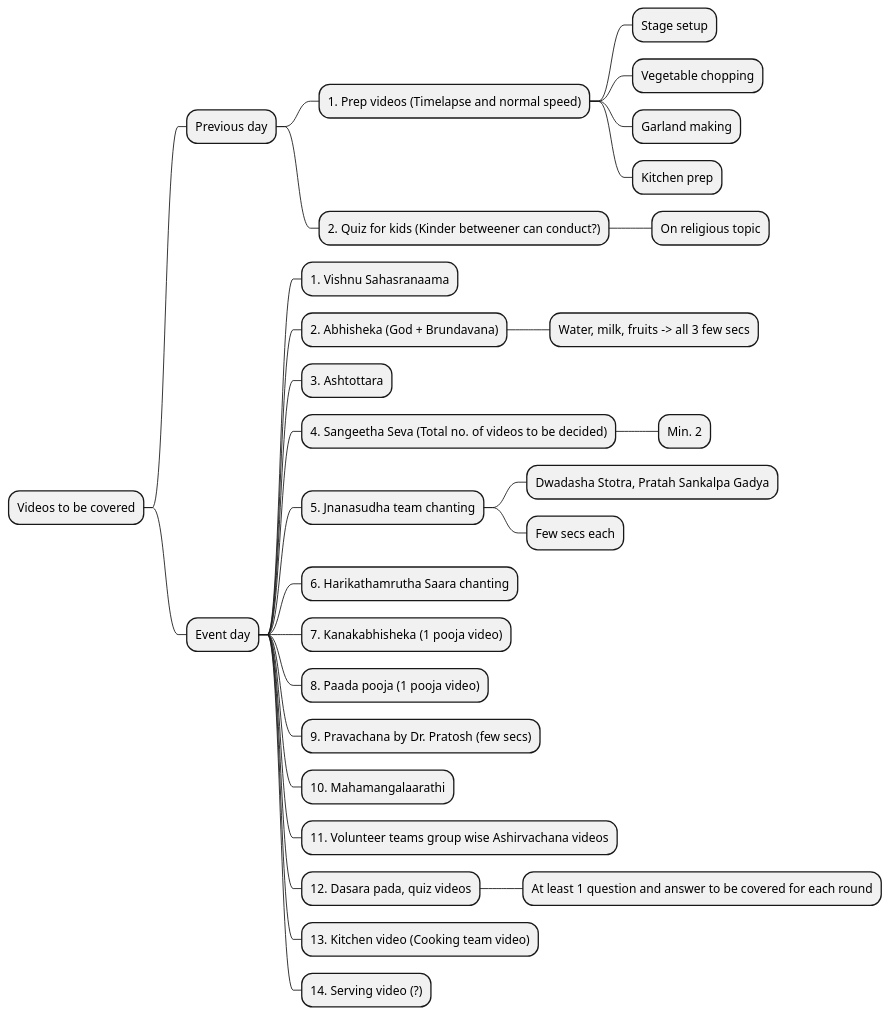
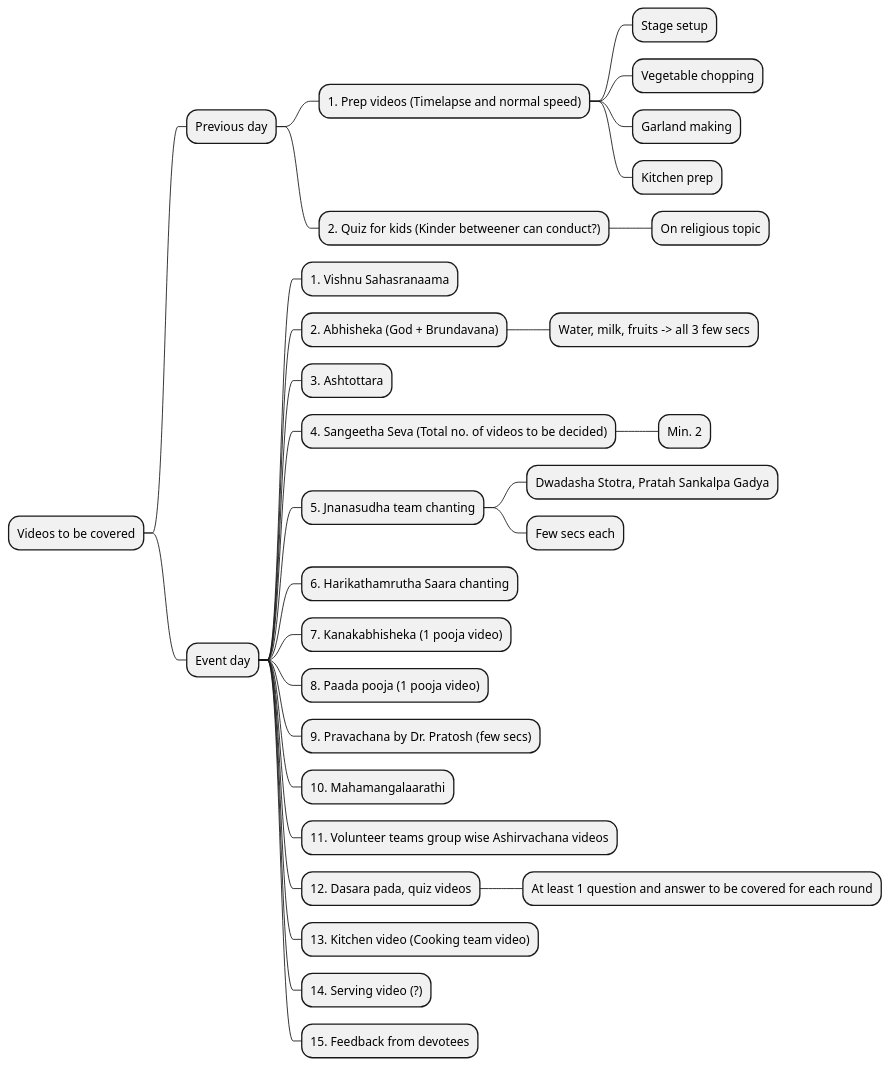
Before and after one commit to desrsb/aradhane2026: the diagram in Media/VideoList.puml, drawn with PlantUML.

Commit message:
Add feedback section to VideoList

```diff
--- a/Media/VideoList.puml
+++ b/Media/VideoList.puml
@@ -1,31 +1,32 @@
 @startmindmap
 * Videos to be covered
 ** Previous day
 *** 1. Prep videos (Timelapse and normal speed)
 **** Stage setup
 **** Vegetable chopping
 **** Garland making
 **** Kitchen prep
 *** 2. Quiz for kids (Kinder betweener can conduct?)
 **** On religious topic
 ** Event day
 *** 1. Vishnu Sahasranaama
 *** 2. Abhisheka (God + Brundavana)
 **** Water, milk, fruits -> all 3 few secs
 *** 3. Ashtottara
 *** 4. Sangeetha Seva (Total no. of videos to be decided)
 **** Min. 2
 *** 5. Jnanasudha team chanting
 **** Dwadasha Stotra, Pratah Sankalpa Gadya
 **** Few secs each
 *** 6. Harikathamrutha Saara chanting
 *** 7. Kanakabhisheka (1 pooja video)
 *** 8. Paada pooja (1 pooja video)
 *** 9. Pravachana by Dr. Pratosh (few secs)
 *** 10. Mahamangalaarathi
 *** 11. Volunteer teams group wise Ashirvachana videos
 *** 12. Dasara pada, quiz videos
 **** At least 1 question and answer to be covered for each round
 *** 13. Kitchen video (Cooking team video)
 *** 14. Serving video (?)
+*** 15. Feedback from devotees
 @endmindmap
```
